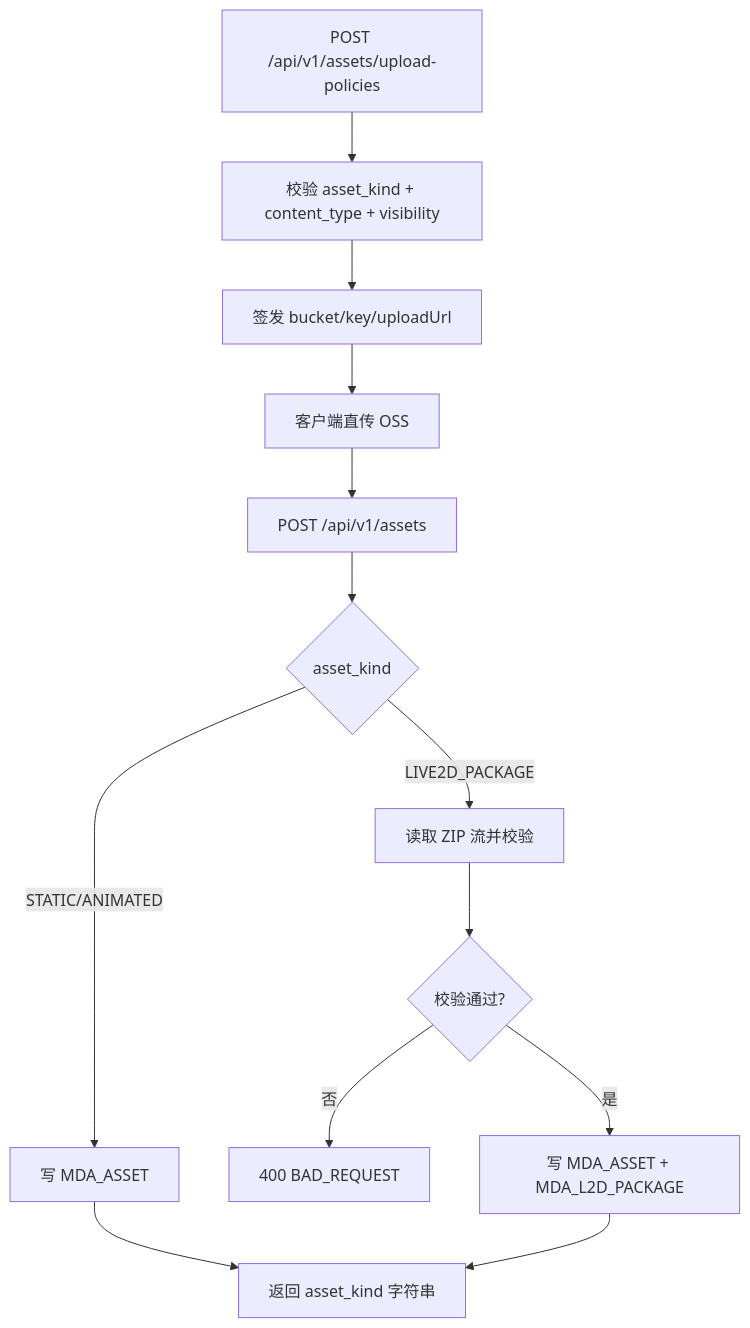
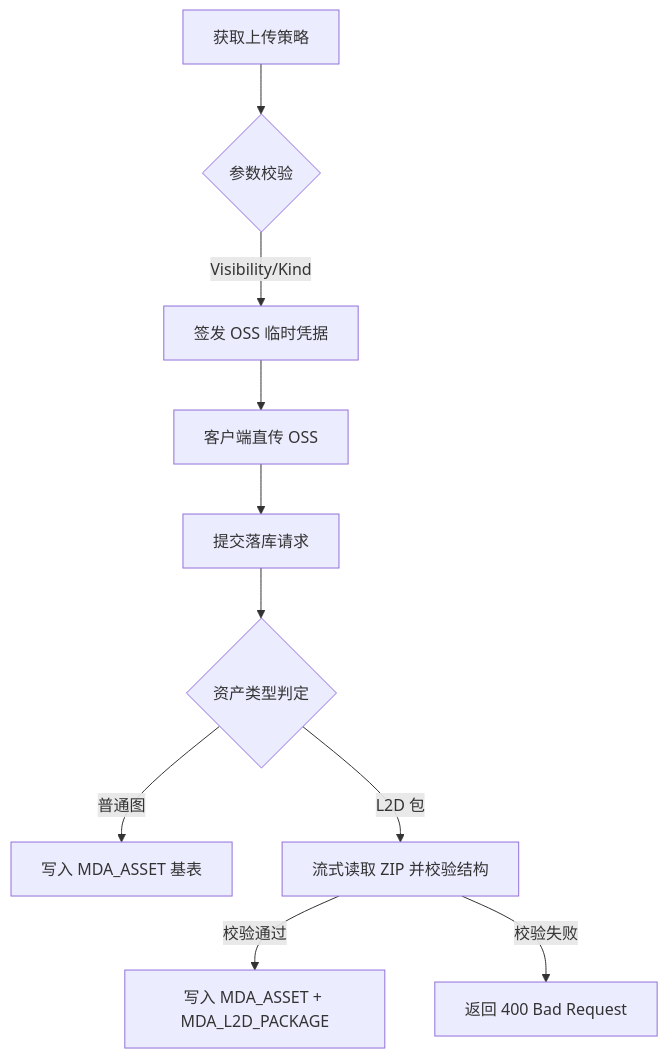
Before and after one commit to IzumiShizuki/shizuki-site: the first of 2 diagrams in resouces/md/07_L2D媒体资产后端实施计划_v0.1.md, drawn with Mermaid. The commit also changed other lines of this file and 11 other files, not shown here.

````diff
--- a/resouces/md/07_L2D媒体资产后端实施计划_v0.1.md
+++ b/resouces/md/07_L2D媒体资产后端实施计划_v0.1.md
@@ -43,15 +23,12 @@
 ```mermaid
 flowchart TD
-  A[POST /api/v1/assets/upload-policies] --> B[校验 asset_kind + content_type + visibility]
-  B --> C[签发 bucket/key/uploadUrl]
-  C --> D[客户端直传 OSS]
-  D --> E[POST /api/v1/assets]
-  E --> F{asset_kind}
-  F -->|STATIC/ANIMATED| G[写 MDA_ASSET]
-  F -->|LIVE2D_PACKAGE| H[读取 ZIP 流并校验]
-  H --> I{校验通过?}
-  I -->|否| J[400 BAD_REQUEST]
-  I -->|是| K[写 MDA_ASSET + MDA_L2D_PACKAGE]
-  G --> L[返回 asset_kind 字符串]
-  K --> L
+    A[获取上传策略] --> B{参数校验}
+    B -->|Visibility/Kind| C[签发 OSS 临时凭据]
+    C --> D[客户端直传 OSS]
+    D --> E[提交落库请求]
+    E --> F{资产类型判定}
+    F -->|普通图| G[写入 MDA_ASSET 基表]
+    F -->|L2D 包| H[流式读取 ZIP 并校验结构]
+    H -->|校验通过| I[写入 MDA_ASSET + MDA_L2D_PACKAGE]
+    H -->|校验失败| J[返回 400 Bad Request]
 ```
````
